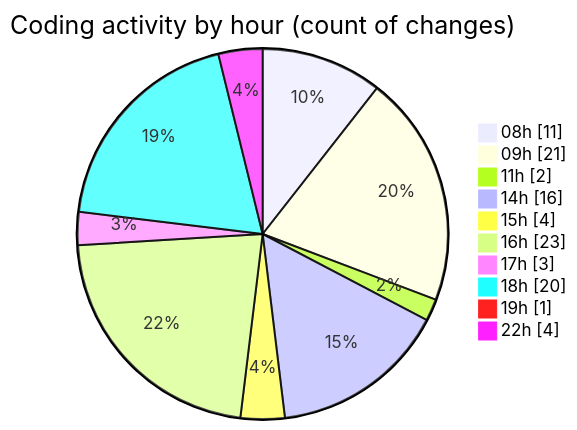
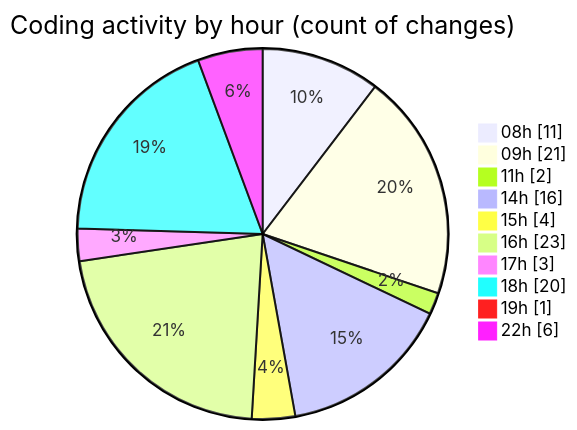
The second of 2 diagrams in 2025-10-13/eventscop-frontend-guide__workspace_/README.md (julien-gomy/code-tracking), drawn with Mermaid before and after one commit. The commit also changed other lines of this file and 1 other file, not shown here.

````diff
--- a/2025-10-13/eventscop-frontend-guide__workspace_/README.md
+++ b/2025-10-13/eventscop-frontend-guide__workspace_/README.md
@@ -62,14 +65,14 @@
 ```mermaid
 pie showData
 title Coding activity by hour (count of changes)
 "08h" : 11
 "09h" : 21
 "11h" : 2
 "14h" : 16
 "15h" : 4
 "16h" : 23
 "17h" : 3
 "18h" : 20
 "19h" : 1
-"22h" : 4
+"22h" : 6
 ```
````
